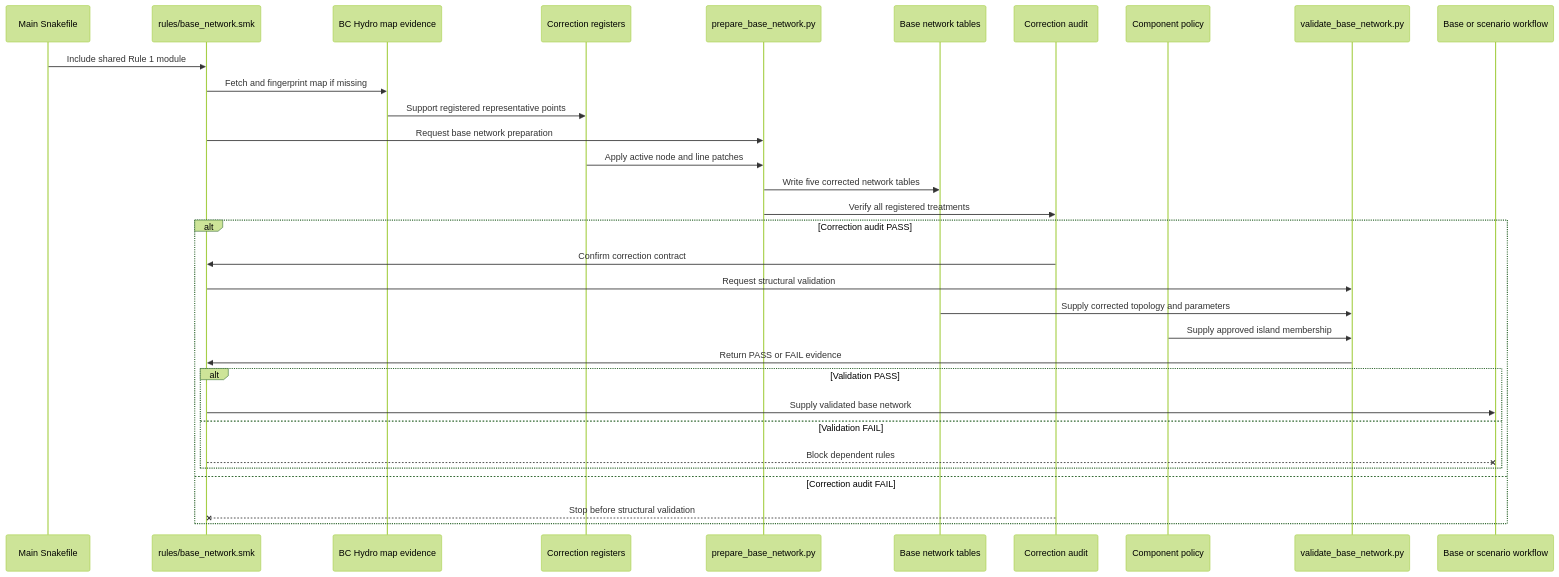
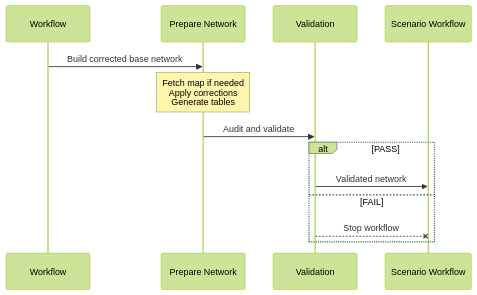
One commit to DeltaE/PyPSA_BC changed the diagram in workflow/rules/rule_1_BaseNetwork.md. Above: the diagram before and after it, drawn with Mermaid (forest theme). The commit also changed other lines of this file and 1 other file, not shown here.

Commit message:
rule 1 documentation simplified

````diff
--- a/workflow/rules/rule_1_BaseNetwork.md
+++ b/workflow/rules/rule_1_BaseNetwork.md
@@ -40,37 +42,18 @@
 ```mermaid
 sequenceDiagram
-    participant M as Main Snakefile
-    participant R as rules/base_network.smk
-    participant E as BC Hydro map evidence
-    participant C as Correction registers
-    participant P as prepare_base_network.py
-    participant N as Base network tables
-    participant A as Correction audit
-    participant Q as Component policy
-    participant V as validate_base_network.py
-    participant D as Base or scenario workflow
+    participant W as Workflow
+    participant P as Prepare Network
+    participant V as Validation
+    participant D as Scenario Workflow
 
-    M->>R: Include shared Rule 1 module
-    R->>E: Fetch and fingerprint map if missing
-    E->>C: Support registered representative points
-    R->>P: Request base network preparation
-    C->>P: Apply active node and line patches
-    P->>N: Write five corrected network tables
-    P->>A: Verify all registered treatments
+    W->>P: Build corrected base network
+    Note over P: Fetch map if needed<br/>Apply corrections<br/>Generate tables
 
-    alt Correction audit PASS
-        A->>R: Confirm correction contract
-        R->>V: Request structural validation
-        N->>V: Supply corrected topology and parameters
-        Q->>V: Supply approved island membership
-        V->>R: Return PASS or FAIL evidence
+    P->>V: Audit and validate
 
-        alt Validation PASS
-            R->>D: Supply validated base network
-        else Validation FAIL
-            R--xD: Block dependent rules
-        end
-    else Correction audit FAIL
-        A--xR: Stop before structural validation
+    alt PASS
+        V->>D: Validated network
+    else FAIL
+        V--xD: Stop workflow
     end
 ```
````
